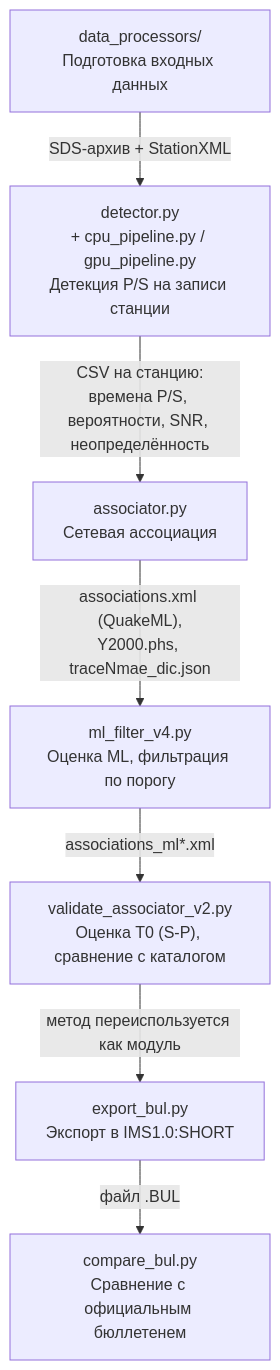
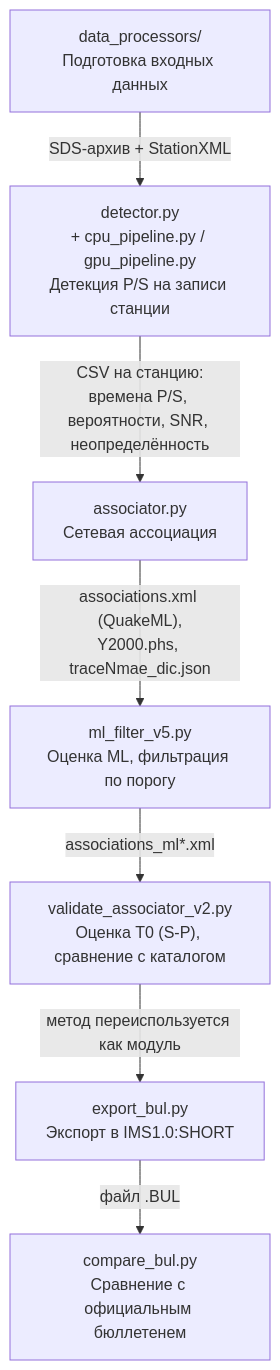
One commit to ruhose73/FastEQT changed the first of 10 diagrams in docs/doc-physical.md. Above: the diagram before and after it, drawn with Mermaid. The commit also changed other lines of this file and 5 other files, not shown here.

````diff
--- a/docs/doc-physical.md
+++ b/docs/doc-physical.md
@@ -17,17 +17,17 @@
 ```mermaid
 flowchart TD
     A["data_processors/<br/>Подготовка входных данных"]
     B["detector.py<br/>+ cpu_pipeline.py / gpu_pipeline.py<br/>Детекция P/S на записи станции"]
     C["associator.py<br/>Сетевая ассоциация"]
-    D["ml_filter_v4.py<br/>Оценка ML, фильтрация по порогу"]
+    D["ml_filter_v5.py<br/>Оценка ML, фильтрация по порогу"]
     E["validate_associator_v2.py<br/>Оценка T0 (S-P), сравнение с каталогом"]
     F["export_bul.py<br/>Экспорт в IMS1.0:SHORT"]
     G["compare_bul.py<br/>Сравнение с официальным бюллетенем"]
 
     A -->|"SDS-архив + StationXML"| B
     B -->|"CSV на станцию:<br/>времена P/S, вероятности, SNR, неопределённость"| C
     C -->|"associations.xml (QuakeML),<br/>Y2000.phs, traceNmae_dic.json"| D
     D -->|"associations_ml*.xml"| E
     E -->|"метод переиспользуется как модуль"| F
     F -->|"файл .BUL"| G
 ```
````
